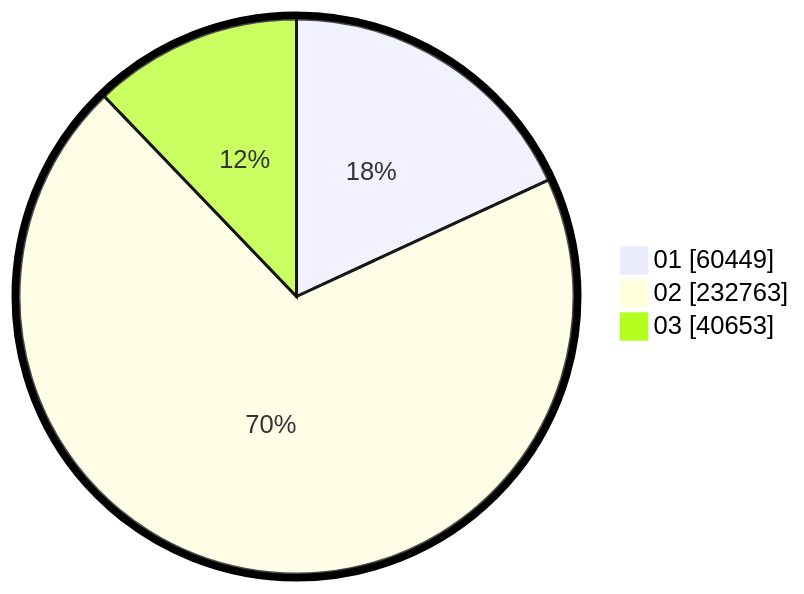
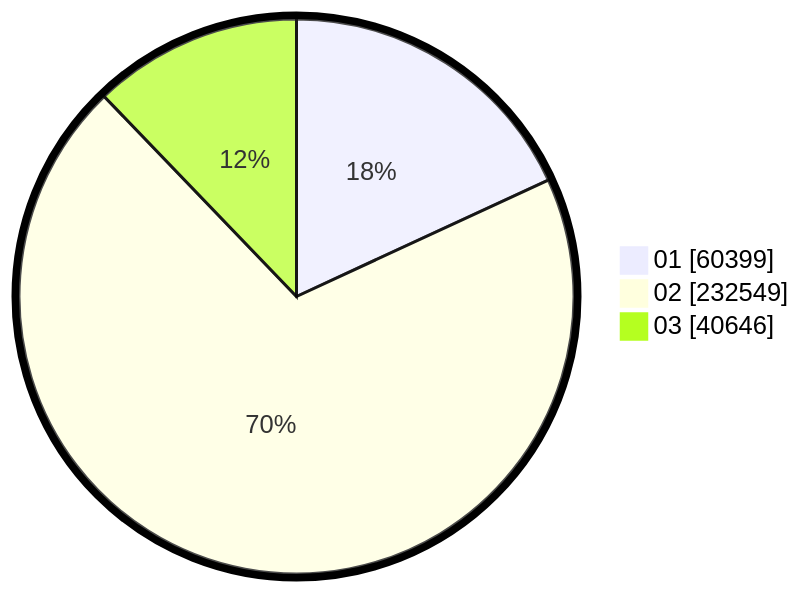
Before and after one commit to gigit-pemilu/pemilu-2024: the second of 2 diagrams in pilpres/hitung-suara/sub/table-wilayah-65.md, drawn with Mermaid. The commit also changed other lines of this file and 7 other files, not shown here.

````diff
--- a/pilpres/hitung-suara/sub/table-wilayah-65.md
+++ b/pilpres/hitung-suara/sub/table-wilayah-65.md
@@ -15,7 +15,7 @@
 ```mermaid
 %%{init: {"pie": {"textPosition": 0.5}, "themeVariables": {"pieOuterStrokeWidth": "5px"}} }%%
 pie showData
-    "01" : 60449
-    "02" : 232763
-    "03" : 40653
+    "01" : 60399
+    "02" : 232549
+    "03" : 40646
 ```
````
